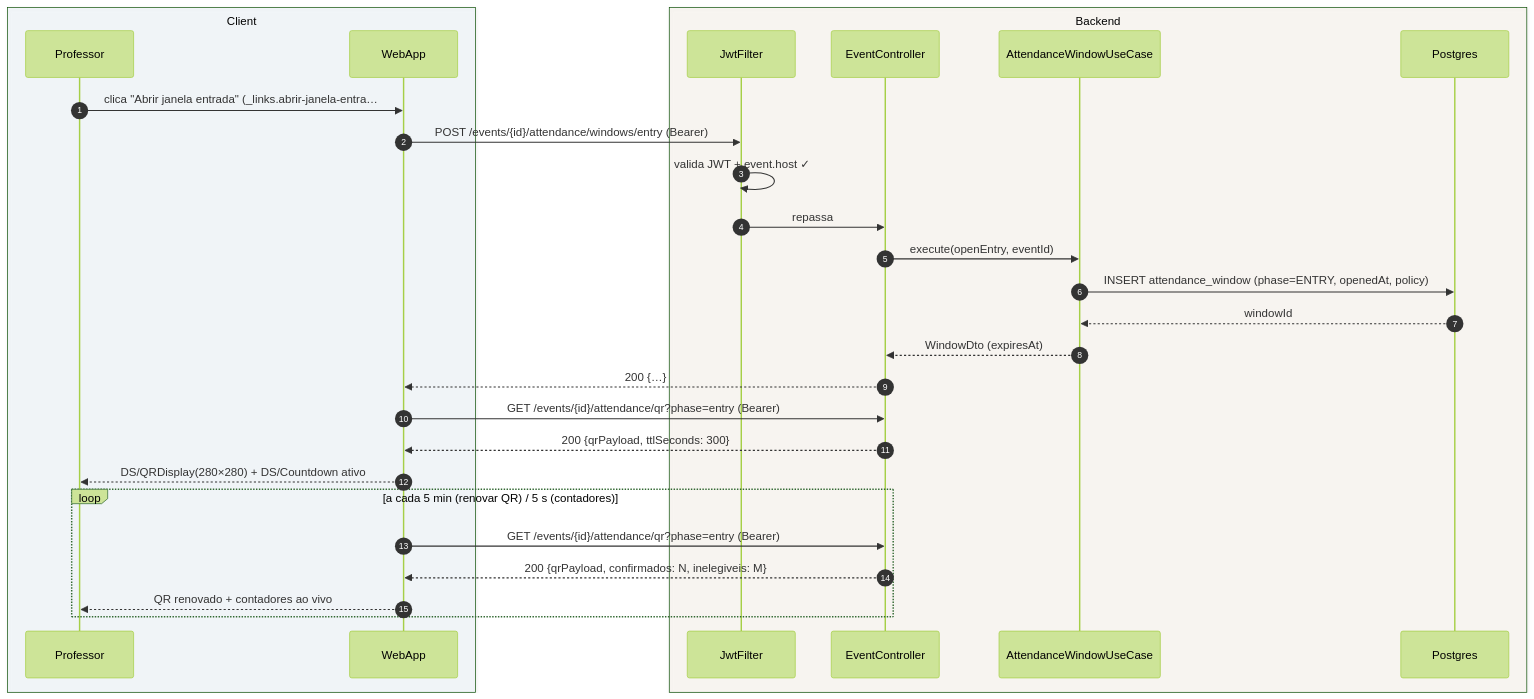
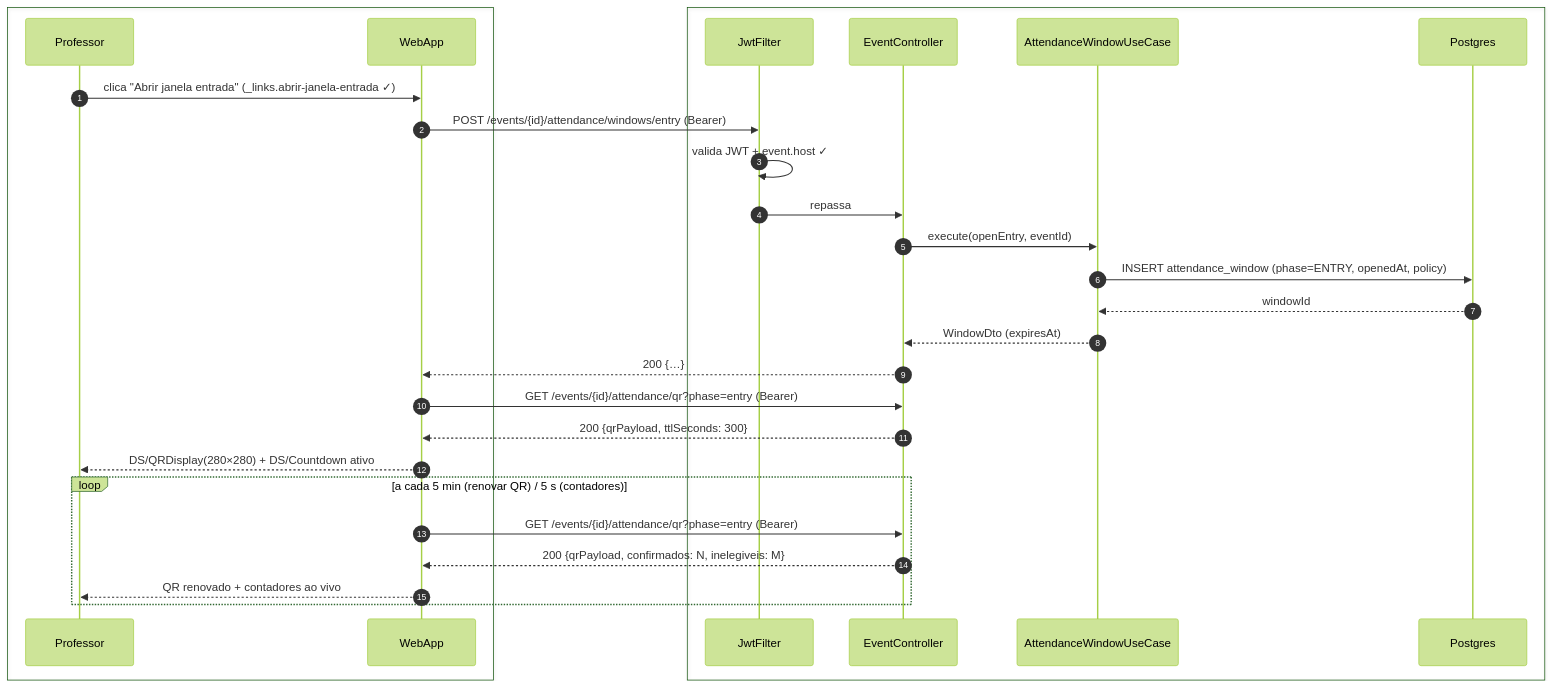
Before and after one commit to umishell/secretariaOnline2: the third of 6 diagrams in foundationDocs/sequenceDiagrams/F3 — Professor/US-F3-002-EVENTOS.md, drawn with Mermaid (forest theme). The commit also changed other lines of this file and 70 other files, not shown here.

First line of the commit message:
Enhance database documentation and introduce new schema files

````diff
--- a/foundationDocs/sequenceDiagrams/F3 — Professor/US-F3-002-EVENTOS.md
+++ b/foundationDocs/sequenceDiagrams/F3 — Professor/US-F3-002-EVENTOS.md
@@ -143,32 +143,32 @@
 ```mermaid
 sequenceDiagram
     autonumber
-    box rgba(230,245,255,0.3) Client
+    box #e8f4fc Cliente
         participant Professor
         participant WebApp
     end
-    box rgba(255,245,230,0.3) Backend
+    box #fff8ee Servidor
         participant JwtFilter
         participant EventController
         participant AttendanceWindowUC as AttendanceWindowUseCase
         participant Postgres
     end
 
-    Professor->>WebApp: clica "Abrir janela entrada" (_links.abrir-janela-entra…
+    Professor->>WebApp: clica "Abrir janela entrada" (_links.abrir-janela-entrada ✓)
     WebApp->>JwtFilter: POST /events/{id}/attendance/windows/entry (Bearer)
     JwtFilter->>JwtFilter: valida JWT + event.host ✓
     JwtFilter->>EventController: repassa
     EventController->>AttendanceWindowUC: execute(openEntry, eventId)
     AttendanceWindowUC->>Postgres: INSERT attendance_window (phase=ENTRY, openedAt, policy)
     Postgres-->>AttendanceWindowUC: windowId
     AttendanceWindowUC-->>EventController: WindowDto (expiresAt)
     EventController-->>WebApp: 200 {…}
     WebApp->>EventController: GET /events/{id}/attendance/qr?phase=entry (Bearer)
     EventController-->>WebApp: 200 {qrPayload, ttlSeconds: 300}
     WebApp-->>Professor: DS/QRDisplay(280×280) + DS/Countdown ativo
     loop a cada 5 min (renovar QR) / 5 s (contadores)
         WebApp->>EventController: GET /events/{id}/attendance/qr?phase=entry (Bearer)
         EventController-->>WebApp: 200 {qrPayload, confirmados: N, inelegiveis: M}
         WebApp-->>Professor: QR renovado + contadores ao vivo
     end
 ```
````
